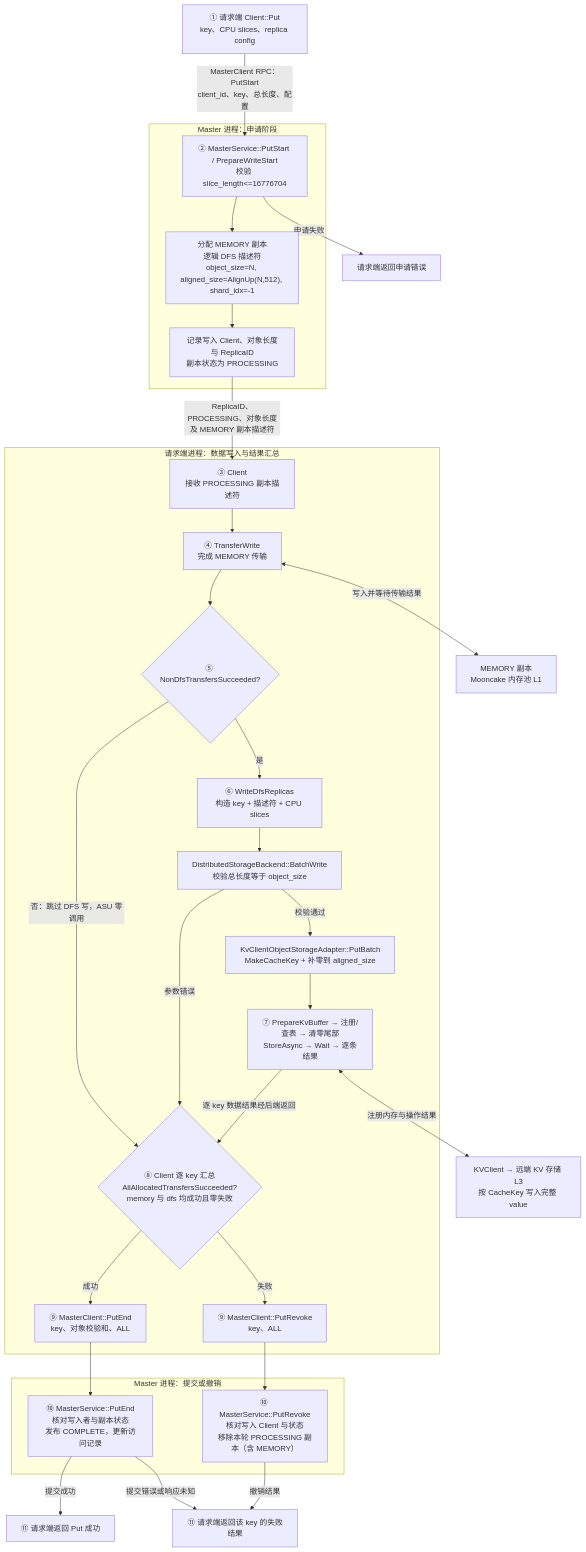
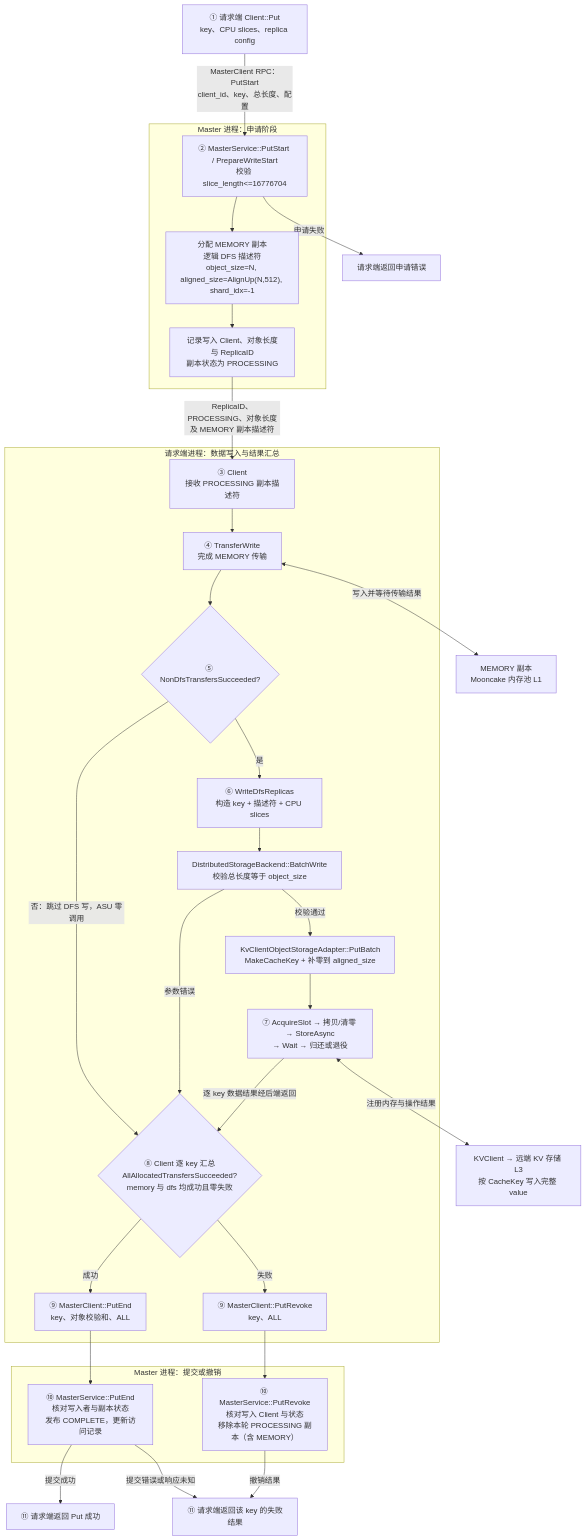
Before and after one commit to zwj20000328-dotcom/Mooncake-documents: the fourth of 13 diagrams in Mooncake + KVClient L3 接入（Kvcs）- v3.md, drawn with Mermaid. The commit also changed other lines of this file, not shown here.

````diff
--- a/Mooncake + KVClient L3 接入（Kvcs）- v3.md
+++ b/Mooncake + KVClient L3 接入（Kvcs）- v3.md
@@ -319,60 +319,60 @@
 ```mermaid
 flowchart TB
     C1["① 请求端 Client::Put<br/>key、CPU slices、replica config"]
 
     subgraph MasterStart["Master 进程：申请阶段"]
         START["② MasterService::PutStart / PrepareWriteStart<br/>校验 slice_length<=16776704"]
         ALLOC["分配 MEMORY 副本<br/>逻辑 DFS 描述符<br/>object_size=N, aligned_size=AlignUp(N,512), shard_idx=-1"]
         META["记录写入 Client、对象长度与 ReplicaID<br/>副本状态为 PROCESSING"]
 
         START --> ALLOC
         ALLOC --> META
     end
 
     subgraph Request["请求端进程：数据写入与结果汇总"]
         C2["③ Client<br/>接收 PROCESSING 副本描述符"]
         T["④ TransferWrite<br/>完成 MEMORY 传输"]
         GATE{"⑤ NonDfsTransfersSucceeded?"}
         W["⑥ WriteDfsReplicas<br/>构造 key + 描述符 + CPU slices"]
         B["DistributedStorageBackend::BatchWrite<br/>校验总长度等于 object_size"]
         O["KvClientObjectStorageAdapter::PutBatch<br/>MakeCacheKey + 补零到 aligned_size"]
-        D["⑦ PrepareKvBuffer → 注册/查表 → 清零尾部<br/>StoreAsync → Wait → 逐条结果"]
+        D["⑦ AcquireSlot → 拷贝/清零 → StoreAsync<br/>→ Wait → 归还或退役"]
         J{"⑧ Client 逐 key 汇总<br/>AllAllocatedTransfersSucceeded?<br/>memory 与 dfs 均成功且零失败"}
         END["⑨ MasterClient::PutEnd<br/>key、对象校验和、ALL"]
         REVOKE["⑨ MasterClient::PutRevoke<br/>key、ALL"]
 
         C2 --> T
         T --> GATE
         GATE -->|"是"| W
         GATE -->|"否：跳过 DFS 写，ASU 零调用"| J
         W --> B
         B -->|"校验通过"| O
         B -->|"参数错误"| J
         O --> D
         D -->|"逐 key 数据结果经后端返回"| J
         J -->|"成功"| END
         J -->|"失败"| REVOKE
     end
 
     subgraph MasterFinish["Master 进程：提交或撤销"]
         COMMIT["⑩ MasterService::PutEnd<br/>核对写入者与副本状态<br/>发布 COMPLETE，更新访问记录"]
         ABORT["⑩ MasterService::PutRevoke<br/>核对写入 Client 与状态<br/>移除本轮 PROCESSING 副本（含 MEMORY）"]
     end
 
     OK["⑪ 请求端返回 Put 成功"]
     FAIL["⑪ 请求端返回该 key 的失败结果"]
     REJECT["请求端返回申请错误"]
     RAM["MEMORY 副本<br/>Mooncake 内存池 L1"]
     S["KVClient → 远端 KV 存储 L3<br/>按 CacheKey 写入完整 value"]
 
     C1 -->|"MasterClient RPC：PutStart<br/>client_id、key、总长度、配置"| START
     START -->|"申请失败"| REJECT
     META -->|"ReplicaID、PROCESSING、对象长度<br/>及 MEMORY 副本描述符"| C2
     T <-->|"写入并等待传输结果"| RAM
     D <-->|"注册内存与操作结果"| S
     END --> COMMIT
     COMMIT -->|"提交成功"| OK
     COMMIT -->|"提交错误或响应未知"| FAIL
     REVOKE --> ABORT
     ABORT -->|"撤销结果"| FAIL
 ```
````
